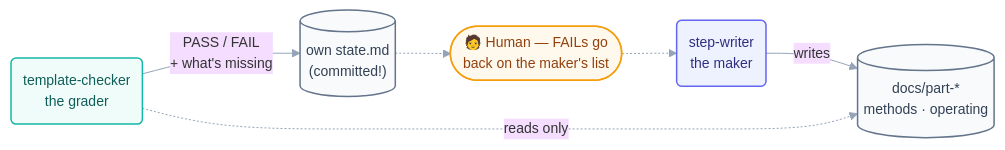
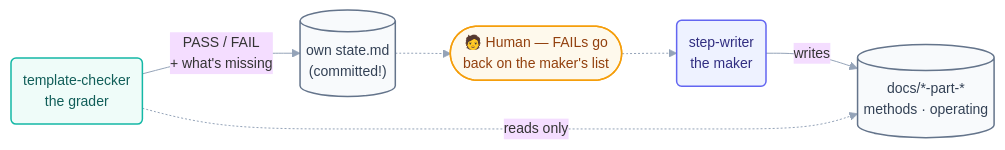
One commit to ayeshakhalid192007-dev/LoopEngineering-CrashCourse changed the diagram in loops/day2/template-checker/loop.md. Above: the diagram before and after it, drawn with Mermaid. The commit also changed other lines of this file and 127 other files, not shown here.

````diff
--- a/loops/day2/template-checker/loop.md
+++ b/loops/day2/template-checker/loop.md
@@ -40,13 +40,13 @@
 ```mermaid
 %%{init: {'theme':'base','themeVariables':{'fontFamily':'ui-sans-serif, system-ui, sans-serif','fontSize':'14px','lineColor':'#94a3b8'},'flowchart':{'curve':'basis','nodeSpacing':45,'rankSpacing':55,'padding':12}}}%%
 flowchart LR
-    SW("step-writer<br/>the maker"):::maker -->|writes| DOCS[("docs/part-*<br/>methods · operating")]:::file
+    SW("step-writer<br/>the maker"):::maker -->|writes| DOCS[("docs/*-part-*<br/>methods · operating")]:::file
     TC("template-checker<br/>the grader"):::check -.->|reads only| DOCS
     TC -->|"PASS / FAIL<br/>+ what's missing"| ST[("own state.md<br/>(committed!)")]:::file
     ST -.-> H(["🧑 Human — FAILs go<br/>back on the maker's list"]):::human
     H -.-> SW
     classDef maker fill:#eef2ff,stroke:#6366f1,stroke-width:1.5px,color:#312e81;
     classDef check fill:#effcf9,stroke:#14b8a6,stroke-width:1.5px,color:#115e59;
     classDef file fill:#f8fafc,stroke:#64748b,stroke-width:1.5px,color:#334155;
     classDef human fill:#fef9ec,stroke:#f59e0b,stroke-width:1.5px,color:#92400e;
 ```
````
